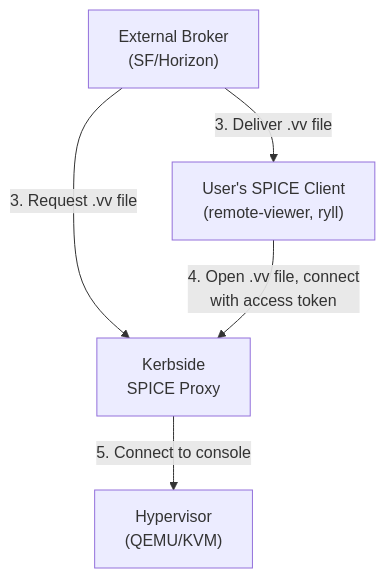
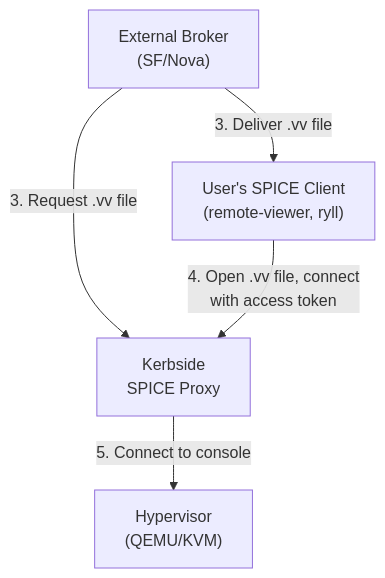
Before and after one commit to shakenfist/kerbside: the diagram in docs/index.md, drawn with Mermaid. The commit also changed other lines of this file, not shown here.

````diff
--- a/docs/index.md
+++ b/docs/index.md
@@ -88,12 +88,12 @@
 ```mermaid
 flowchart TD
-    broker["External Broker<br/>(SF/Horizon)"]
+    broker["External Broker<br/>(SF/Nova)"]
     client["User's SPICE Client<br/>(remote-viewer, ryll)"]
     kerbside["Kerbside<br/>SPICE Proxy"]
     hypervisor["Hypervisor<br/>(QEMU/KVM)"]
 
     broker -- "3. Request .vv file" --> kerbside
     broker -- "3. Deliver .vv file" --> client
     client -- "4. Open .vv file, connect<br/>with access token" --> kerbside
     kerbside -- "5. Connect to console" --> hypervisor
 ```
````
